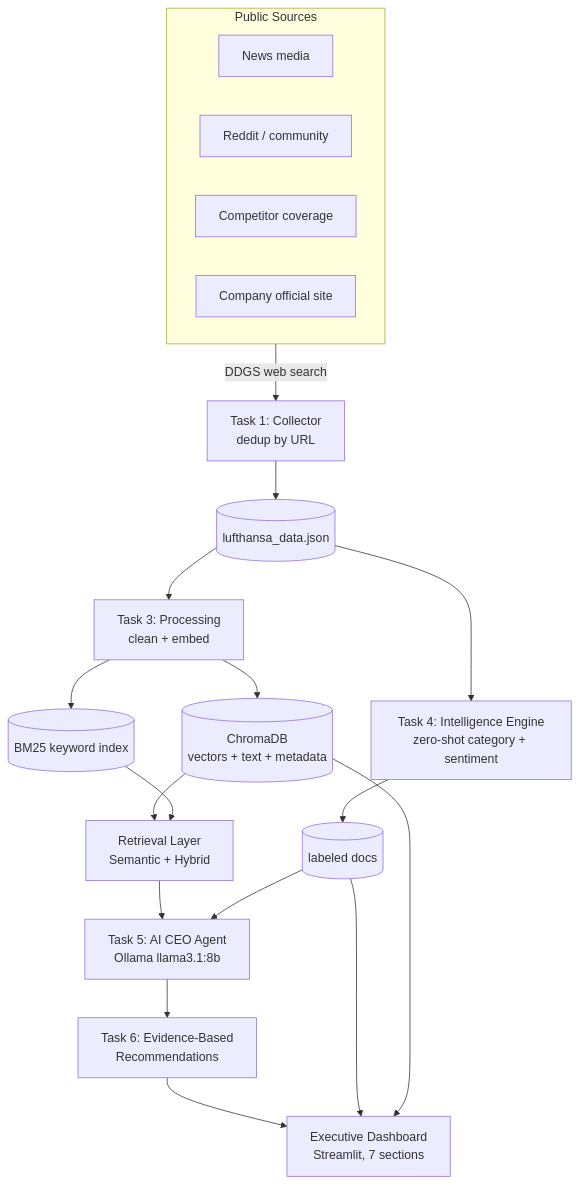
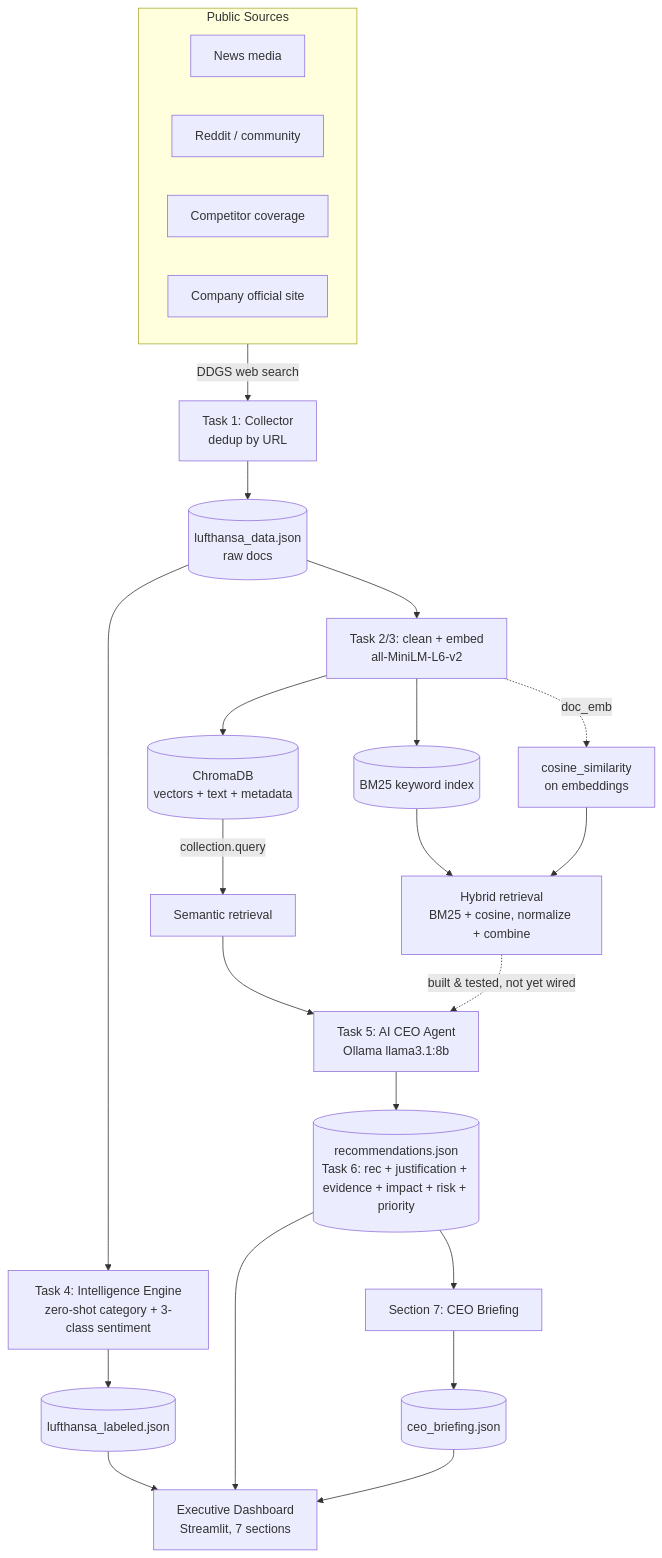
Before and after one commit to Nihalpujari/ML_Practice: the first of 2 diagrams in NLP/NLP Exam/AI CEO Strategic Intelligence Agent/README.md, drawn with Mermaid. The commit also changed other lines of this file, not shown here.

Commit message:
small updates

````diff
--- a/NLP/NLP Exam/AI CEO Strategic Intelligence Agent/README.md
+++ b/NLP/NLP Exam/AI CEO Strategic Intelligence Agent/README.md
@@ -80,30 +80,34 @@
 ```mermaid
 flowchart TD
     subgraph SOURCES[Public Sources]
         N[News media]
         R[Reddit / community]
         CMP[Competitor coverage]
         CO[Company official site]
     end
 
     SOURCES -->|DDGS web search| COLLECT[Task 1: Collector<br/>dedup by URL]
-    COLLECT --> JSON[(lufthansa_data.json)]
+    COLLECT --> JSON[(lufthansa_data.json<br/>raw docs)]
 
-    JSON --> PROC[Task 3: Processing<br/>clean + embed]
+    JSON --> PROC[Task 2/3: clean + embed<br/>all-MiniLM-L6-v2]
     PROC --> CHROMA[(ChromaDB<br/>vectors + text + metadata)]
     PROC --> BM25[(BM25 keyword index)]
+    PROC -. doc_emb .-> COS[cosine_similarity<br/>on embeddings]
 
-    CHROMA --> RET[Retrieval Layer<br/>Semantic + Hybrid]
-    BM25 --> RET
+    JSON --> INTEL[Task 4: Intelligence Engine<br/>zero-shot category + 3-class sentiment]
+    INTEL --> LABELED[(lufthansa_labeled.json)]
 
-    JSON --> INTEL[Task 4: Intelligence Engine<br/>zero-shot category + sentiment]
-    INTEL --> LABELED[(labeled docs)]
+    CHROMA -->|collection.query| SEM[Semantic retrieval]
+    BM25 --> HYB[Hybrid retrieval<br/>BM25 + cosine, normalize + combine]
+    COS --> HYB
 
-    RET --> AGENT[Task 5: AI CEO Agent<br/>Ollama llama3.1:8b]
-    LABELED --> AGENT
-    AGENT --> RECS[Task 6: Evidence-Based<br/>Recommendations]
+    SEM --> AGENT[Task 5: AI CEO Agent<br/>Ollama llama3.1:8b]
+    HYB -. built &amp; tested, not yet wired .-> AGENT
+    AGENT --> RECS[(recommendations.json<br/>Task 6: rec + justification + evidence + impact + risk + priority)]
+    RECS --> BRIEF[Section 7: CEO Briefing]
+    BRIEF --> CB[(ceo_briefing.json)]
 
-    RECS --> DASH[Executive Dashboard<br/>Streamlit, 7 sections]
-    LABELED --> DASH
-    CHROMA --> DASH
+    LABELED --> DASH[Executive Dashboard<br/>Streamlit, 7 sections]
+    RECS --> DASH
+    CB --> DASH
 ```
````
